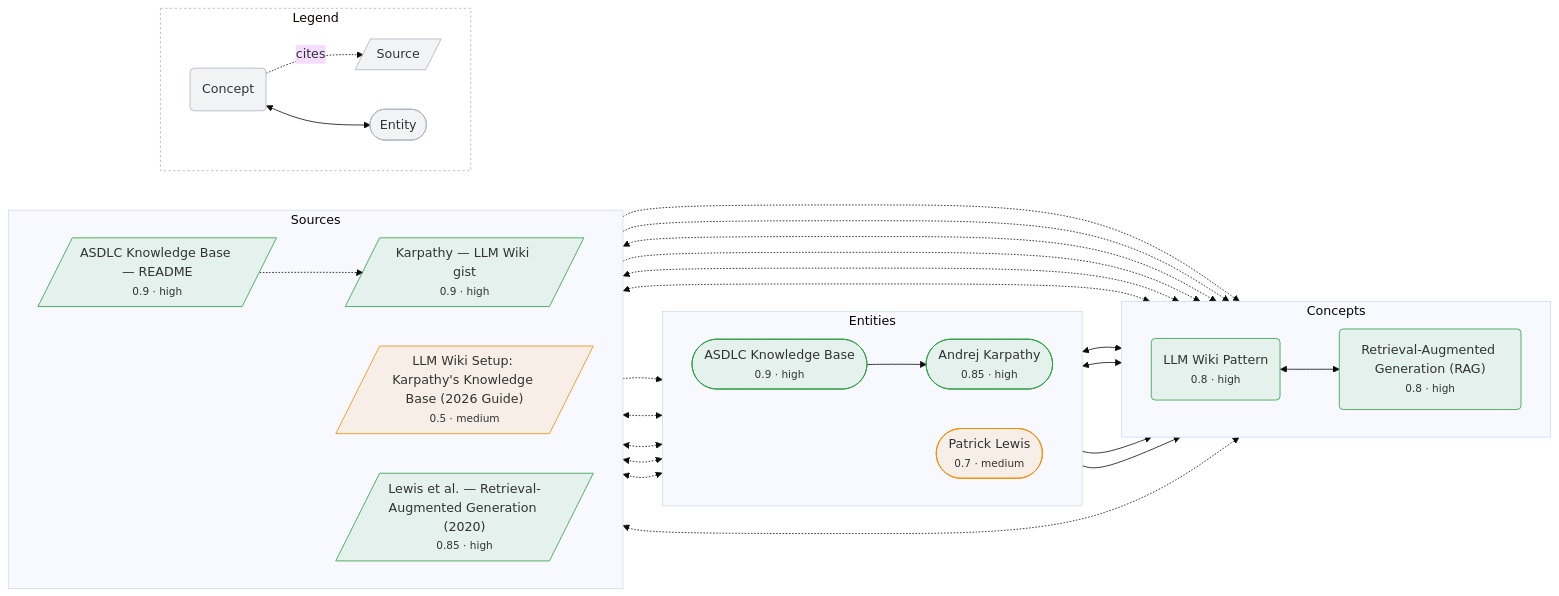
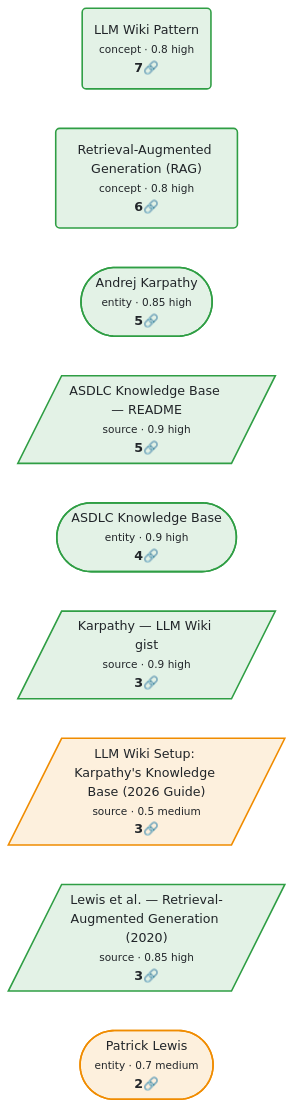
The diagram in .asdlc/knowledge/wiki/index.md (jvanheerikhuize/asdlc-knowledge), drawn with Mermaid (base theme) before and after one commit. The commit also changed other lines of this file and 1 other file, not shown here.

Commit message:
feat(viz): line-free overview graph with connection-count + colour cards
Replace the subgraph grouping and per-wikilink edge lines (a hairball, and
the grouping did not render for everyone) with a flat set of cards. Each node
now shows its type, confidence band (colour), and a `N🔗` connection count,
ordered hubs-first. The who-links-to-whom detail moves to a line-free
Connections table below the graph, so relationships stay legible with no edges.

````diff
--- a/.asdlc/knowledge/wiki/index.md
+++ b/.asdlc/knowledge/wiki/index.md
@@ -15,61 +17,21 @@
 ```mermaid
 graph LR
-  subgraph concept_layer["Concepts"]
-    direction LR
-    llm_wiki_pattern("LLM Wiki Pattern<br/><small>0.8 · high</small>")
-    retrieval_augmented_generation("Retrieval-Augmented Generation (RAG)<br/><small>0.8 · high</small>")
-  end
-  subgraph entity_layer["Entities"]
-    direction LR
-    andrej_karpathy(["Andrej Karpathy<br/><small>0.85 · high</small>"])
-    asdlc_knowledge_base(["ASDLC Knowledge Base<br/><small>0.9 · high</small>"])
-    patrick_lewis(["Patrick Lewis<br/><small>0.7 · medium</small>"])
-  end
-  subgraph source_layer["Sources"]
-    direction LR
-    asdlc_knowledge_readme[/"ASDLC Knowledge Base — README<br/><small>0.9 · high</small>"/]
-    karpathy_llm_wiki[/"Karpathy — LLM Wiki gist<br/><small>0.9 · high</small>"/]
-    llm_wiki_setup_guide_2026[/"LLM Wiki Setup: Karpathy's Knowledge Base (2026 Guide)<br/><small>0.5 · medium</small>"/]
-    rag_lewis_2020[/"Lewis et al. — Retrieval-Augmented Generation (2020)<br/><small>0.85 · high</small>"/]
-  end
-  asdlc_knowledge_base --> andrej_karpathy
-  asdlc_knowledge_readme -.-> andrej_karpathy
-  andrej_karpathy <-.-> karpathy_llm_wiki
-  andrej_karpathy <--> llm_wiki_pattern
-  andrej_karpathy <-.-> llm_wiki_setup_guide_2026
-  asdlc_knowledge_base <-.-> asdlc_knowledge_readme
-  asdlc_knowledge_base <--> llm_wiki_pattern
-  asdlc_knowledge_base --> retrieval_augmented_generation
-  asdlc_knowledge_readme -.-> karpathy_llm_wiki
-  asdlc_knowledge_readme -.-> llm_wiki_pattern
-  asdlc_knowledge_readme -.-> retrieval_augmented_generation
-  karpathy_llm_wiki <-.-> llm_wiki_pattern
-  llm_wiki_pattern <-.-> llm_wiki_setup_guide_2026
-  rag_lewis_2020 -.-> llm_wiki_pattern
-  llm_wiki_pattern <--> retrieval_augmented_generation
-  llm_wiki_setup_guide_2026 <-.-> retrieval_augmented_generation
-  patrick_lewis <-.-> rag_lewis_2020
-  patrick_lewis --> retrieval_augmented_generation
-  rag_lewis_2020 <-.-> retrieval_augmented_generation
-  style llm_wiki_pattern fill:#2f9e4418,stroke:#2f9e44,stroke-width:1px
-  style retrieval_augmented_generation fill:#2f9e4418,stroke:#2f9e44,stroke-width:1px
-  style andrej_karpathy fill:#2f9e4418,stroke:#2f9e44,stroke-width:1px
-  style asdlc_knowledge_base fill:#2f9e4418,stroke:#2f9e44,stroke-width:1px
-  style patrick_lewis fill:#f08c0018,stroke:#f08c00,stroke-width:1px
-  style asdlc_knowledge_readme fill:#2f9e4418,stroke:#2f9e44,stroke-width:1px
-  style karpathy_llm_wiki fill:#2f9e4418,stroke:#2f9e44,stroke-width:1px
-  style llm_wiki_setup_guide_2026 fill:#f08c0018,stroke:#f08c00,stroke-width:1px
-  style rag_lewis_2020 fill:#2f9e4418,stroke:#2f9e44,stroke-width:1px
-  subgraph legend["Legend"]
-    direction LR
-    lg_c("Concept")
-    lg_e(["Entity"])
-    lg_s[/"Source"/]
-    lg_c -.->|cites| lg_s
-    lg_c <--> lg_e
-  end
-  style legend fill:none,stroke:#adb5bd,stroke-dasharray:3 3
-  style lg_c fill:#f1f3f5,stroke:#adb5bd
-  style lg_e fill:#f1f3f5,stroke:#adb5bd
-  style lg_s fill:#f1f3f5,stroke:#adb5bd
+  llm_wiki_pattern("LLM Wiki Pattern<br/><small>concept · 0.8 high</small><br/><b>7🔗</b>")
+  retrieval_augmented_generation("Retrieval-Augmented Generation (RAG)<br/><small>concept · 0.8 high</small><br/><b>6🔗</b>")
+  andrej_karpathy(["Andrej Karpathy<br/><small>entity · 0.85 high</small><br/><b>5🔗</b>"])
+  asdlc_knowledge_readme[/"ASDLC Knowledge Base — README<br/><small>source · 0.9 high</small><br/><b>5🔗</b>"/]
+  asdlc_knowledge_base(["ASDLC Knowledge Base<br/><small>entity · 0.9 high</small><br/><b>4🔗</b>"])
+  karpathy_llm_wiki[/"Karpathy — LLM Wiki gist<br/><small>source · 0.9 high</small><br/><b>3🔗</b>"/]
+  llm_wiki_setup_guide_2026[/"LLM Wiki Setup: Karpathy's Knowledge Base (2026 Guide)<br/><small>source · 0.5 medium</small><br/><b>3🔗</b>"/]
+  rag_lewis_2020[/"Lewis et al. — Retrieval-Augmented Generation (2020)<br/><small>source · 0.85 high</small><br/><b>3🔗</b>"/]
+  patrick_lewis(["Patrick Lewis<br/><small>entity · 0.7 medium</small><br/><b>2🔗</b>"])
+  style llm_wiki_pattern fill:#2f9e4422,stroke:#2f9e44,stroke-width:2px,color:#212529
+  style retrieval_augmented_generation fill:#2f9e4422,stroke:#2f9e44,stroke-width:2px,color:#212529
+  style andrej_karpathy fill:#2f9e4422,stroke:#2f9e44,stroke-width:2px,color:#212529
+  style asdlc_knowledge_readme fill:#2f9e4422,stroke:#2f9e44,stroke-width:2px,color:#212529
+  style asdlc_knowledge_base fill:#2f9e4422,stroke:#2f9e44,stroke-width:2px,color:#212529
+  style karpathy_llm_wiki fill:#2f9e4422,stroke:#2f9e44,stroke-width:2px,color:#212529
+  style llm_wiki_setup_guide_2026 fill:#f08c0022,stroke:#f08c00,stroke-width:2px,color:#212529
+  style rag_lewis_2020 fill:#2f9e4422,stroke:#2f9e44,stroke-width:2px,color:#212529
+  style patrick_lewis fill:#f08c0022,stroke:#f08c00,stroke-width:2px,color:#212529
 ```
````
